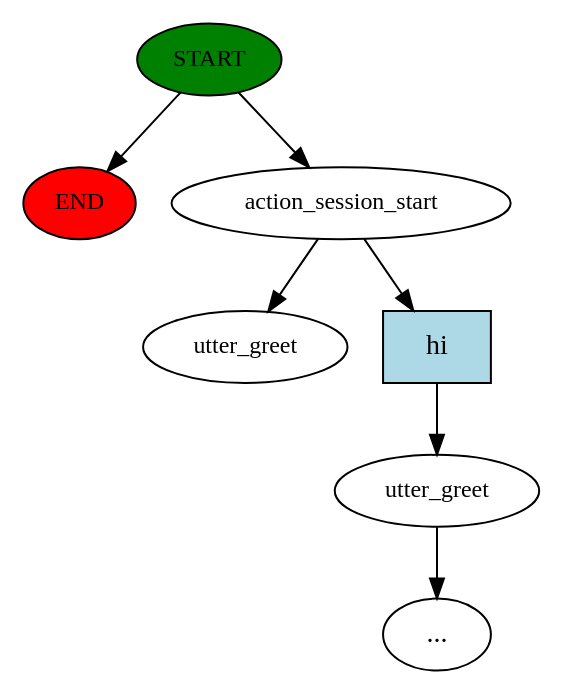
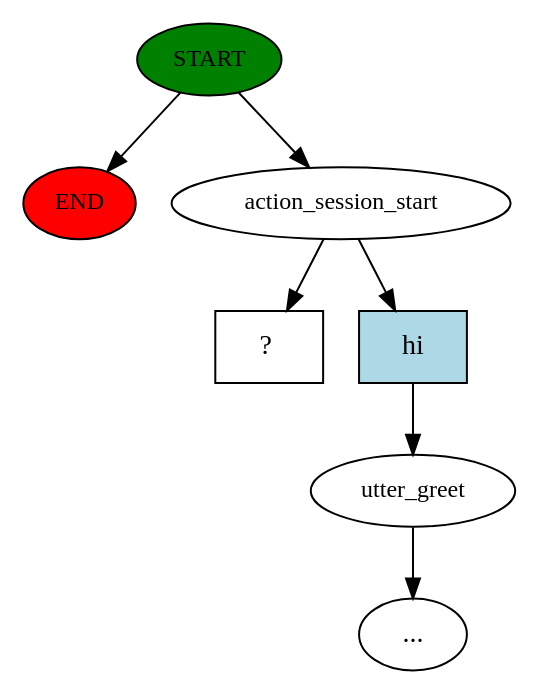
Before and after one commit to madhavikoduganti/Foodie: the diagram in Rasa_basic_folder/story_graph.dot, drawn with Graphviz. The commit also changed 20 other files, not shown here.

```diff
--- a/Rasa_basic_folder/story_graph.dot
+++ b/Rasa_basic_folder/story_graph.dot
@@ -1,15 +1,15 @@
 digraph  {
 0 [class="start active", fillcolor=green, fontsize=12, label=START, style=filled];
 "-1" [class=end, fillcolor=red, fontsize=12, label=END, style=filled];
 1 [class=active, fontsize=12, label=action_session_start];
 2 [class="", fontsize=12, label=utter_greet];
 "-3" [class=ellipsis, label="..."];
-4 [class="dashed active", fontsize=12, label=utter_greet];
+4 [class="intent dashed active", label="  ?  ", shape=rect];
 5 [class=intent, fillcolor=lightblue, label=hi, shape=rect, style=filled];
 0 -> "-1"  [class="", key=NONE, label=""];
 0 -> 1  [class=active, key=NONE, label=""];
 1 -> 4  [class=active, key=NONE, label=""];
 1 -> 5  [class="", key=0];
 2 -> "-3"  [class="", key=NONE, label=""];
 5 -> 2  [class="", key=0];
 }
```
